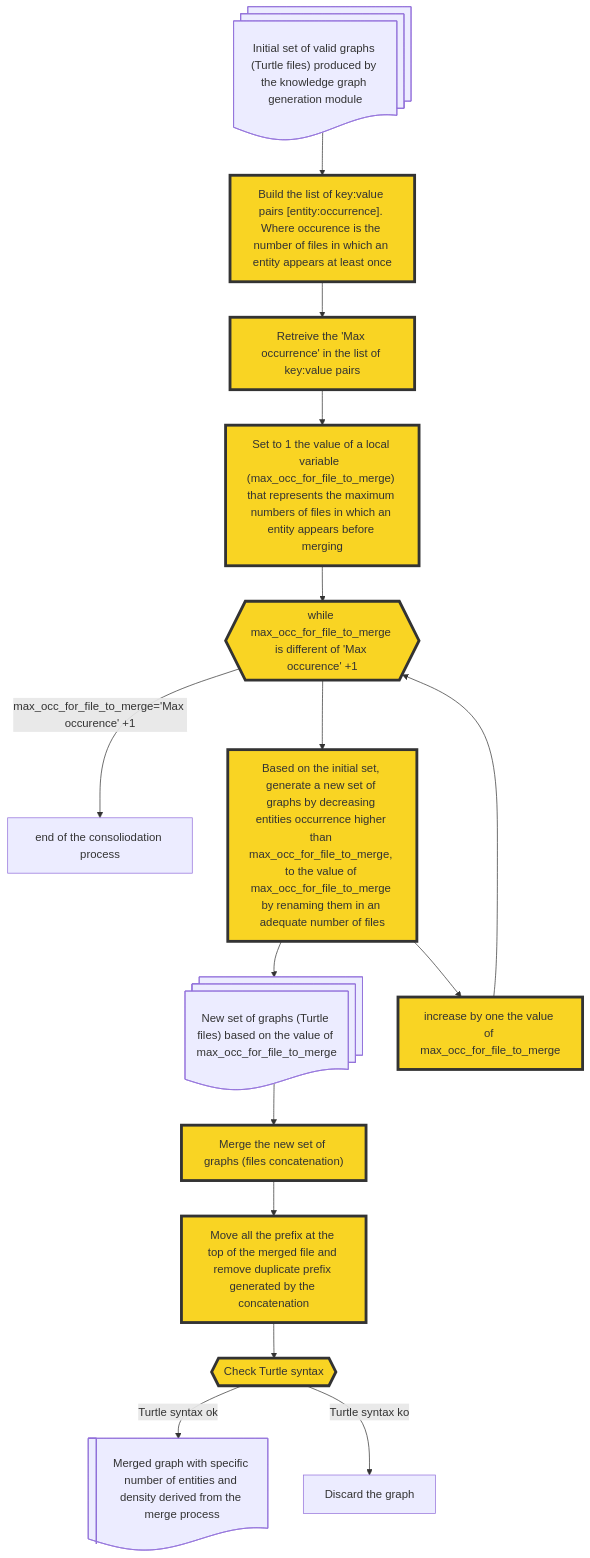
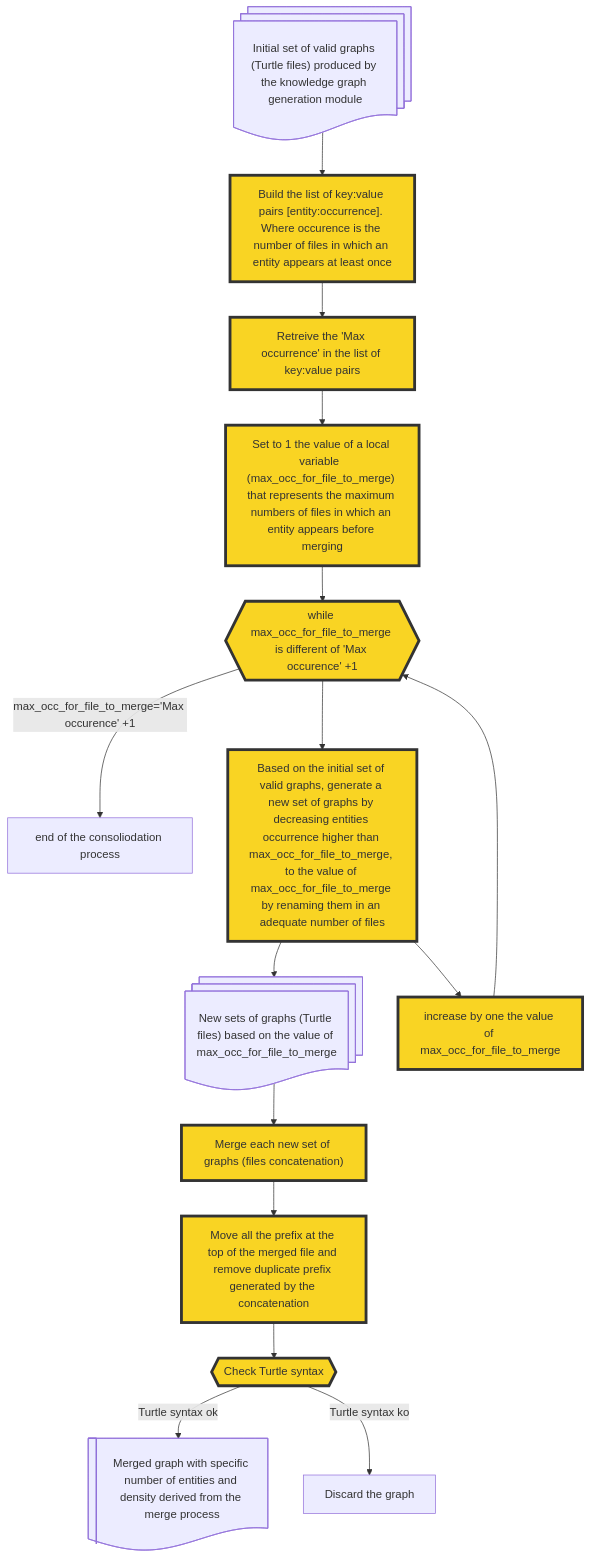
One commit to Orange-OpenSource/Ontology2Graph changed the diagram in docs/modules/merge_ttl.md. Above: the diagram before and after it, drawn with Mermaid. The commit also changed 2 other files, not shown here.

Commit message:
schema enhancement

````diff
--- a/docs/modules/merge_ttl.md
+++ b/docs/modules/merge_ttl.md
@@ -61,34 +61,34 @@
 ```mermaid
 graph TD
     A@{ shape: docs, label: "Initial set of valid graphs (Turtle files) produced by the knowledge graph generation module"} --> B:::highlight
 
     B["Build the list of key:value pairs [entity:occurrence]. Where occurence is the number of files in which an entity appears at least once"] --> C["Retreive the 'Max occurrence' in the list of key:value pairs"]:::highlight
     
     C --> Cbis["Set to 1 the value of a local variable  (max_occ_for_file_to_merge) that represents the maximum numbers of files in which an entity appears before merging"]:::highlight
 
     Cbis --> D{{"while max_occ_for_file_to_merge is different of 'Max occurence' +1 "}}:::highlight
 
     D --> |max_occ_for_file_to_merge='Max occurence' +1|Dbis["end of the consoliodation process"]
 
-    D --> E["Based on the initial set, generate a new set of graphs by decreasing entities occurrence higher than max_occ_for_file_to_merge, to the value of max_occ_for_file_to_merge by renaming them in an adequate number of files"]:::highlight
+    D --> E["Based on the initial set of valid graphs, generate a new set of graphs by decreasing entities occurrence higher than max_occ_for_file_to_merge, to the value of max_occ_for_file_to_merge by renaming them in an adequate number of files"]:::highlight
 
-    E --> F@{ shape: docs, label: "New set of graphs (Turtle files) based on the value of max_occ_for_file_to_merge"}
+    E --> F@{ shape: docs, label: "New sets of graphs (Turtle files) based on the value of max_occ_for_file_to_merge"}
 
     E --> G["increase by one the value of max_occ_for_file_to_merge"]:::highlight
 
     G --> D
 
-    F --> H["Merge the new set of graphs (files concatenation)"]:::highlight
+    F --> H["Merge each new set of graphs (files concatenation)"]:::highlight
 
     H --> I["Move all the prefix at the top of the merged file and remove duplicate prefix generated by the concatenation"]:::highlight
 
     I --> J{{Check Turtle syntax}}:::highlight
 
     J -->|Turtle syntax ok| K@{ shape: lin-doc, label: "Merged graph with specific number of entities and density derived from the merge process" } 
 
     J -->|Turtle syntax ko|L[Discard the graph]
     
     classDef largeBox min-width:300px,min-height:1000px
     class B largeBox
     classDef highlight fill:#f9d423,stroke:#333,stroke-width:4px;
 ```
````
